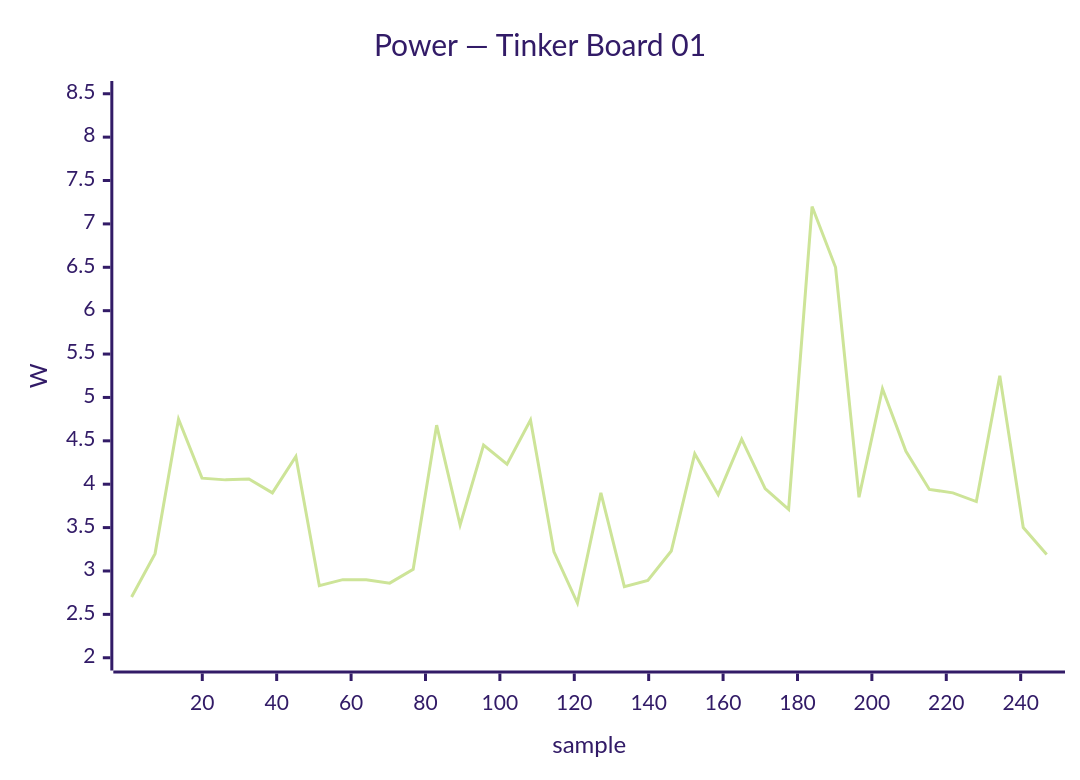
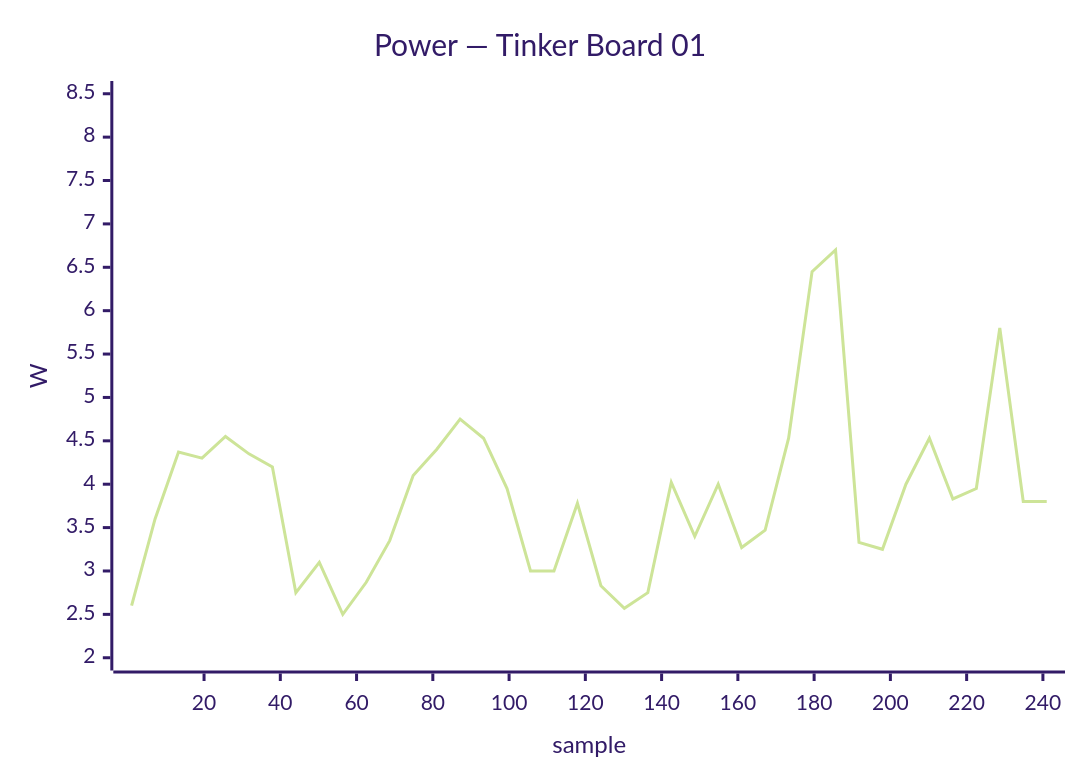
One commit to armbian/documentation changed diagram 21 of 24 in docs/status/board-tests.md. Above: the diagram before and after it, drawn with Mermaid (forest theme). The commit also changed other lines of this file, not shown here.

````diff
--- a/docs/status/board-tests.md
+++ b/docs/status/board-tests.md
@@ -1147,7 +1147,7 @@
     ```mermaid
     xychart-beta
         title "Power — Tinker Board 01"
-        x-axis "sample" 1 --> 247
+        x-axis "sample" 1 --> 241
         y-axis "W" 2.0 --> 8.5
-        line [2.70, 3.20, 4.75, 4.07, 4.05, 4.06, 3.90, 4.32, 2.83, 2.90, 2.90, 2.86, 3.02, 4.68, 3.53, 4.45, 4.23, 4.74, 3.22, 2.63, 3.90, 2.82, 2.89, 3.23, 4.35, 3.88, 4.52, 3.95, 3.71, 7.20, 6.50, 3.85, 5.10, 4.38, 3.94, 3.90, 3.80, 5.25, 3.50, 3.19]
+        line [2.60, 3.60, 4.37, 4.30, 4.55, 4.35, 4.20, 2.75, 3.10, 2.50, 2.87, 3.35, 4.10, 4.40, 4.75, 4.53, 3.95, 3.00, 3.00, 3.78, 2.83, 2.57, 2.75, 4.02, 3.40, 4.00, 3.27, 3.47, 4.53, 6.45, 6.70, 3.33, 3.25, 4.00, 4.53, 3.83, 3.95, 5.80, 3.80, 3.80]
     ```
````
